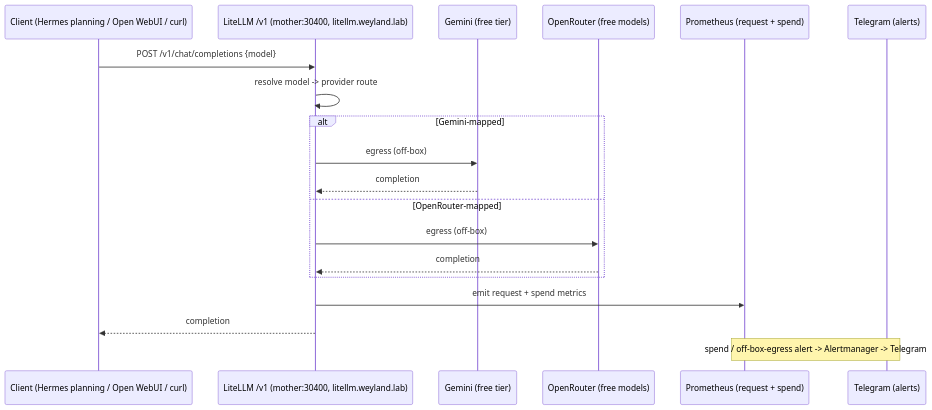
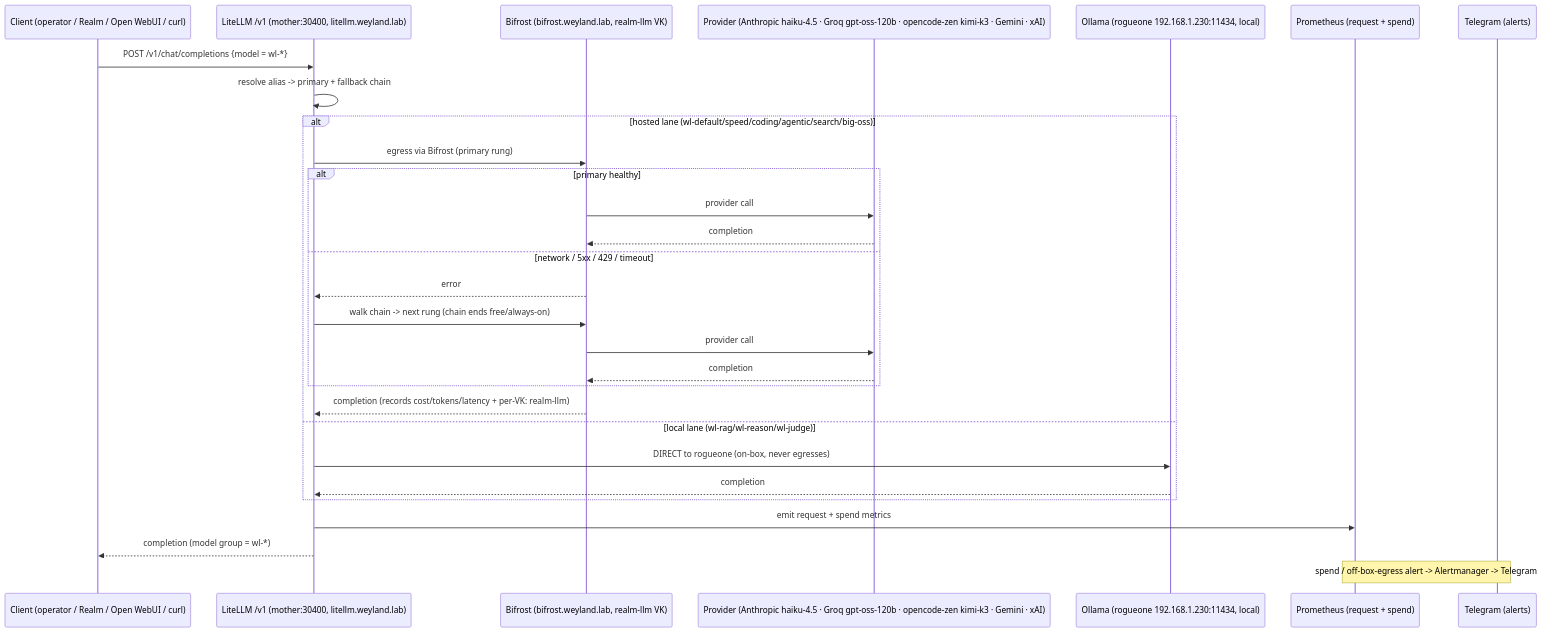
The diagram in docs/diagrams/flow-model-gateway.md (edtbl76/weyland-lab), drawn with Mermaid before and after one commit. The commit also changed other lines of this file and 14 other files, not shown here.

Commit message:
Route all LiteLLM hosted lanes through Bifrost for consistent provider egress, add per-VK attribution, and update diagrams and docs for new architecture.

````diff
--- a/docs/diagrams/flow-model-gateway.md
+++ b/docs/diagrams/flow-model-gateway.md
@@ -7,21 +12,31 @@
 ```mermaid
 sequenceDiagram
-    participant Cl as Client (Hermes planning / Open WebUI / curl)
+    participant Cl as Client (operator / Realm / Open WebUI / curl)
     participant LL as LiteLLM /v1 (mother:30400, litellm.weyland.lab)
-    participant GM as Gemini (free tier)
-    participant OR as OpenRouter (free models)
+    participant BF as Bifrost (bifrost.weyland.lab, realm-llm VK)
+    participant PR as Provider (Anthropic haiku-4.5 · Groq gpt-oss-120b · opencode-zen kimi-k3 · Gemini · xAI)
+    participant OL as Ollama (rogueone 192.168.1.230:11434, local)
     participant PM as Prometheus (request + spend)
     participant Tg as Telegram (alerts)
-    Cl->>LL: POST /v1/chat/completions {model}
-    LL->>LL: resolve model -> provider route
-    alt Gemini-mapped
-        LL->>GM: egress (off-box)
-        GM-->>LL: completion
-    else OpenRouter-mapped
-        LL->>OR: egress (off-box)
-        OR-->>LL: completion
+    Cl->>LL: POST /v1/chat/completions {model = wl-*}
+    LL->>LL: resolve alias -> primary + fallback chain
+    alt hosted lane (wl-default/speed/coding/agentic/search/big-oss)
+        LL->>BF: egress via Bifrost (primary rung)
+        alt primary healthy
+            BF->>PR: provider call
+            PR-->>BF: completion
+        else network / 5xx / 429 / timeout
+            BF-->>LL: error
+            LL->>BF: walk chain -> next rung (chain ends free/always-on)
+            BF->>PR: provider call
+            PR-->>BF: completion
+        end
+        BF-->>LL: completion (records cost/tokens/latency + per-VK: realm-llm)
+    else local lane (wl-rag/wl-reason/wl-judge)
+        LL->>OL: DIRECT to rogueone (on-box, never egresses)
+        OL-->>LL: completion
     end
     LL->>PM: emit request + spend metrics
-    LL-->>Cl: completion
+    LL-->>Cl: completion (model group = wl-*)
     Note over PM,Tg: spend / off-box-egress alert -> Alertmanager -> Telegram
 ```
````
